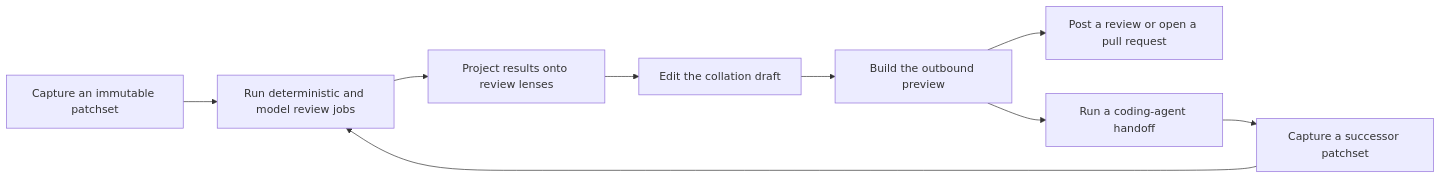
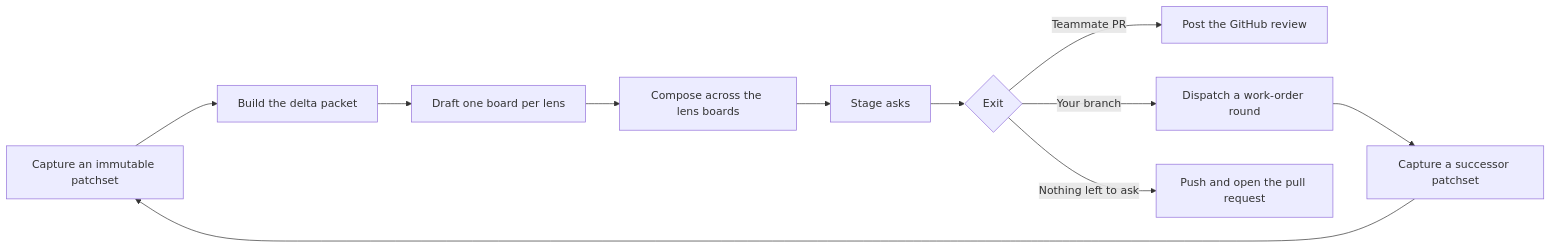
The diagram in docs/developing/index.md (rbutera/Rennet), drawn with Mermaid before and after one commit. The commit also changed other lines of this file and 28 other files, not shown here.

````diff
--- a/docs/developing/index.md
+++ b/docs/developing/index.md
@@ -12,11 +12,13 @@
 ```mermaid
 flowchart LR
-  capture[Capture an immutable patchset] --> review[Run deterministic and model review jobs]
-  review --> lenses[Project results onto review lenses]
-  lenses --> draft[Edit the collation draft]
-  draft --> preview[Build the outbound preview]
-  preview --> github[Post a review or open a pull request]
-  preview --> handoff[Run a coding-agent handoff]
-  handoff --> successor[Capture a successor patchset]
-  successor --> review
+  capture[Capture an immutable patchset] --> delta[Build the delta packet]
+  delta --> lenses[Draft one board per lens]
+  lenses --> board[Compose across the lens boards]
+  board --> asks[Stage asks]
+  asks --> exits{Exit}
+  exits -->|Teammate PR| post[Post the GitHub review]
+  exits -->|Your branch| round[Dispatch a work-order round]
+  exits -->|Nothing left to ask| pr[Push and open the pull request]
+  round --> successor[Capture a successor patchset]
+  successor --> capture
 ```
````
